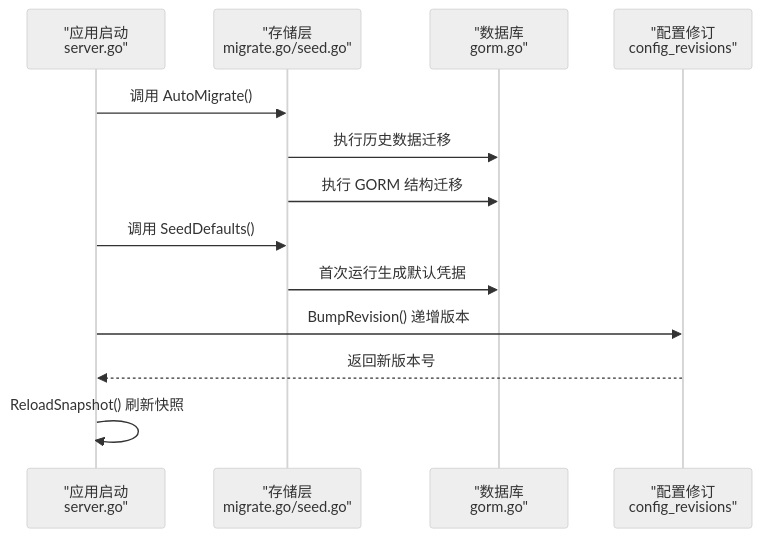
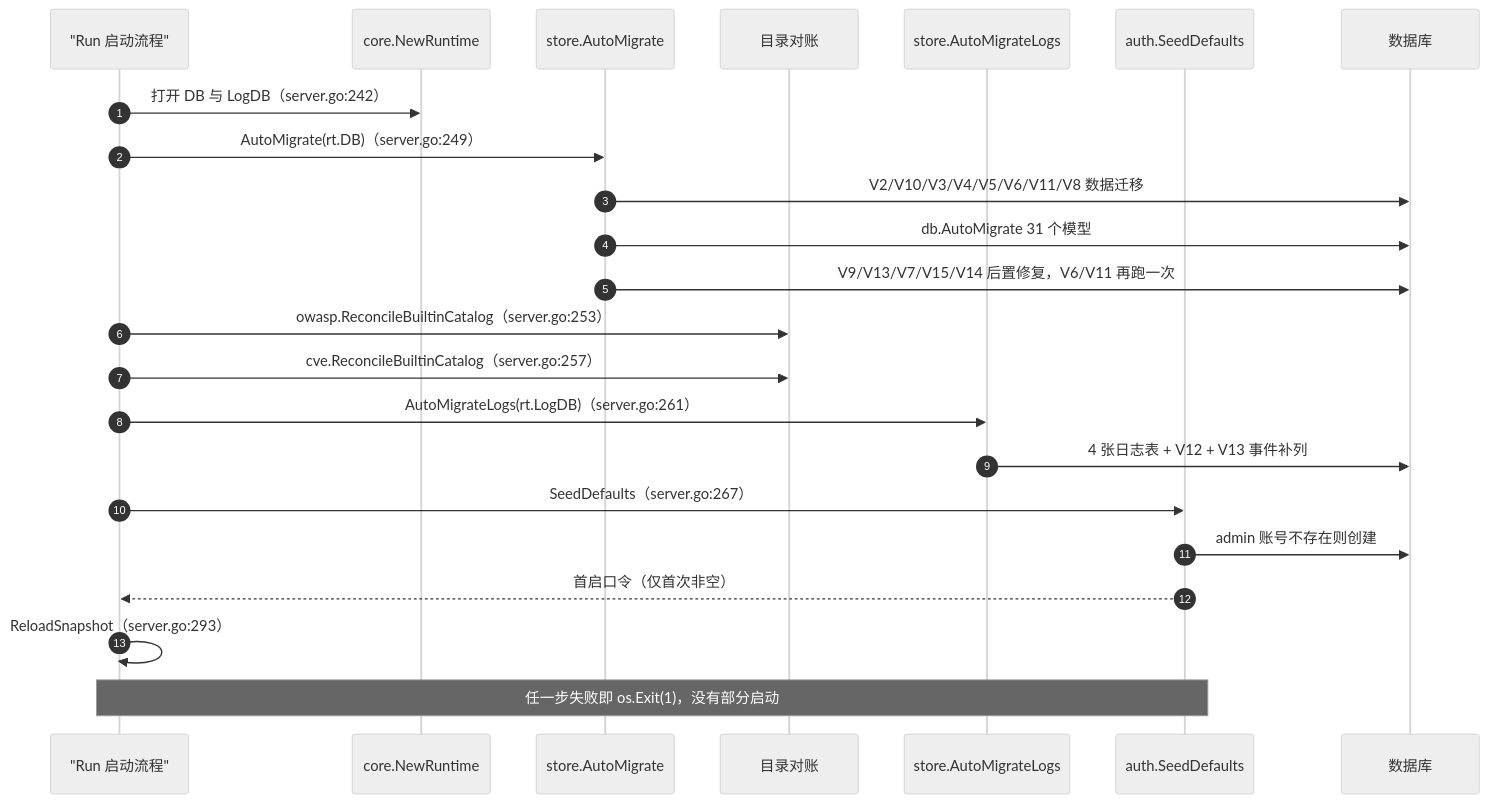
Before and after one commit to x01n/My-OpenWaf: the second of 7 diagrams in docs/配置管理系统/迁移管理机制.md, drawn with Mermaid (neutral theme). The commit also changed other lines of this file and 622 other files, not shown here.

````diff
--- a/docs/配置管理系统/迁移管理机制.md
+++ b/docs/配置管理系统/迁移管理机制.md
@@ -109,15 +145,25 @@
 ```mermaid
 sequenceDiagram
-participant Boot as "应用启动<br/>server.go"
-participant Store as "存储层<br/>migrate.go/seed.go"
-participant DB as "数据库<br/>gorm.go"
-participant Rev as "配置修订<br/>config_revisions"
-Boot->>Store : 调用 AutoMigrate()
-Store->>DB : 执行历史数据迁移
-Store->>DB : 执行 GORM 结构迁移
-Boot->>Store : 调用 SeedDefaults()
-Store->>DB : 首次运行生成默认凭据
-Boot->>Rev : BumpRevision() 递增版本
-Rev-->>Boot : 返回新版本号
-Boot->>Boot : ReloadSnapshot() 刷新快照
+autonumber
+participant Boot as "Run 启动流程"
+participant RT as core.NewRuntime
+participant AM as store.AutoMigrate
+participant REC as 目录对账
+participant AML as store.AutoMigrateLogs
+participant Seed as auth.SeedDefaults
+participant DB as 数据库
+Boot->>RT: 打开 DB 与 LogDB（server.go:242）
+Boot->>AM: AutoMigrate(rt.DB)（server.go:249）
+AM->>DB: V2/V10/V3/V4/V5/V6/V11/V8 数据迁移
+AM->>DB: db.AutoMigrate 31 个模型
+AM->>DB: V9/V13/V7/V15/V14 后置修复，V6/V11 再跑一次
+Boot->>REC: owasp.ReconcileBuiltinCatalog（server.go:253）
+Boot->>REC: cve.ReconcileBuiltinCatalog（server.go:257）
+Boot->>AML: AutoMigrateLogs(rt.LogDB)（server.go:261）
+AML->>DB: 4 张日志表 + V12 + V13 事件补列
+Boot->>Seed: SeedDefaults（server.go:267）
+Seed->>DB: admin 账号不存在则创建
+Seed-->>Boot: 首启口令（仅首次非空）
+Boot->>Boot: ReloadSnapshot（server.go:293）
+Note over Boot,Seed: 任一步失败即 os.Exit(1)，没有部分启动
 ```
````
